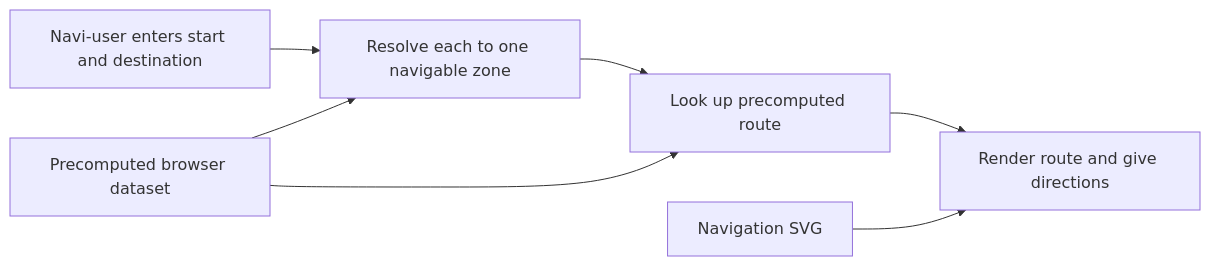
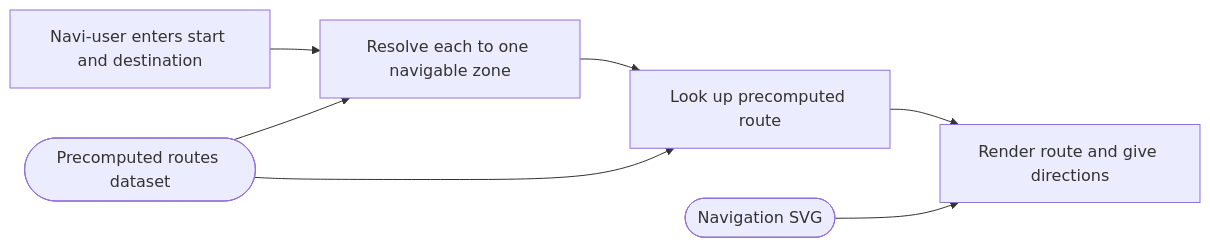
Before and after one commit to JanusWebHub/BFW_Wegweiser: the fourth of 4 diagrams in docs/system-design.md, drawn with Mermaid. The commit also changed other lines of this file and 10 other files, not shown here.

````diff
--- a/docs/system-design.md
+++ b/docs/system-design.md
@@ -108,9 +104,9 @@
 ```mermaid
 flowchart LR
 Input[Navi-user enters start and destination] --> Resolve[Resolve each to one navigable zone]
-Data[Precomputed browser dataset] --> Resolve
+Data([Precomputed routes dataset]) --> Resolve
 Data --> Lookup[Look up precomputed route]
 Resolve --> Lookup
 Lookup --> Display[Render route and give directions]
-Map[Navigation SVG] --> Display
+Map([Navigation SVG]) --> Display
 ```
````
